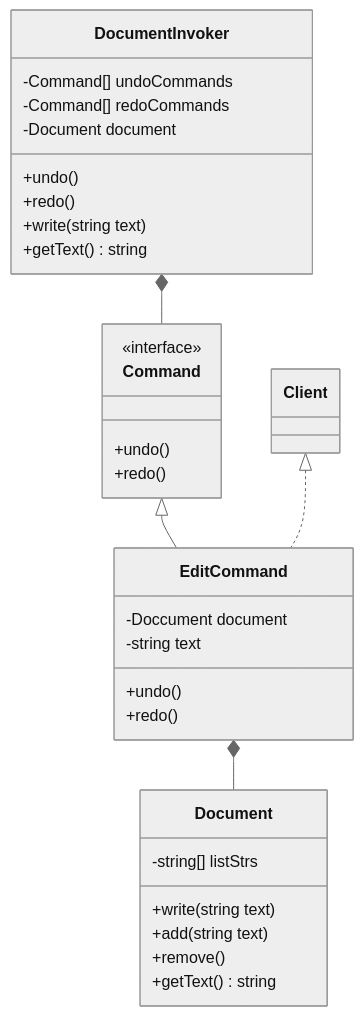
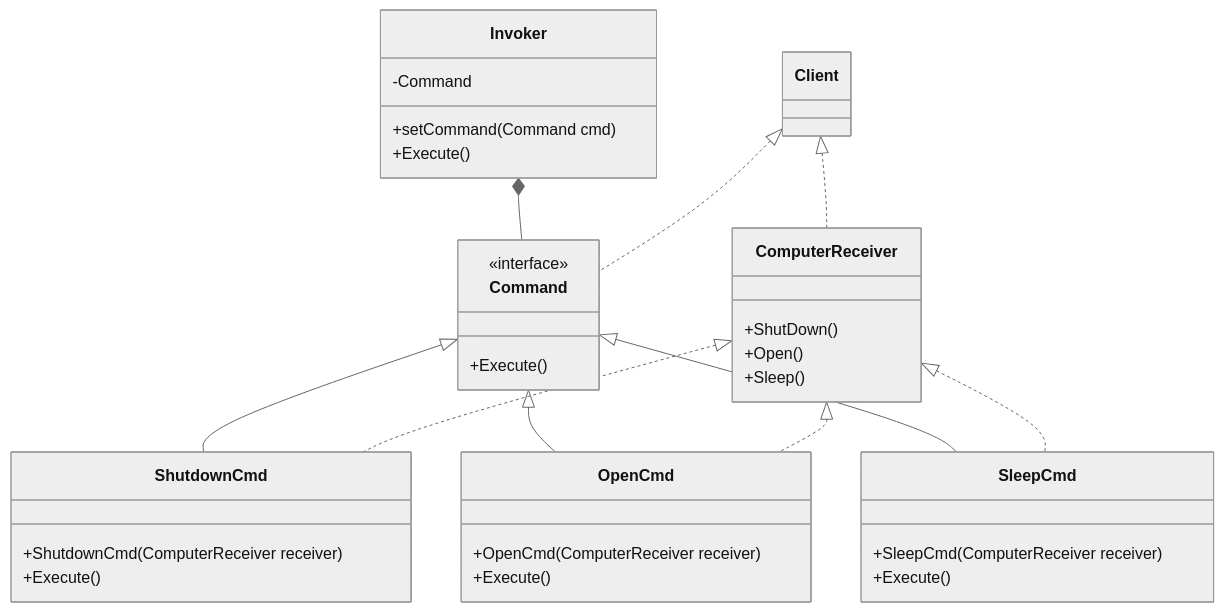
Before and after one commit to tungphan94/DesignPattern: the second of 2 diagrams in BehavioralPatterns/Command/README.md, drawn with Mermaid (neutral theme).

````diff
--- a/BehavioralPatterns/Command/README.md
+++ b/BehavioralPatterns/Command/README.md
@@ -46,37 +46,41 @@
 ```mermaid
 classDiagram
 
-class DocumentInvoker{
-    -Command[] undoCommands
-    -Command[] redoCommands
-    -Document document
-    +undo()
-    +redo()
-    +write(string text)
-    +getText() string
+class Invoker{
+    -Command
+    +setCommand(Command cmd)
+    +Execute()
           }
 class Command {
           <<interface>>
-          +undo()
-          +redo()        
+         +Execute()     
           }
-class EditCommand {
-          -Doccument document
-          -string text
-          +undo()
-          +redo()
+class ShutdownCmd {
+        +ShutdownCmd(ComputerReceiver receiver)
+        +Execute()  
           }
-class Document {
-        -string[] listStrs
-        +write(string text)
-        +add(string text)
-        +remove()
-        +getText() string
+class SleepCmd {
+        +SleepCmd(ComputerReceiver receiver)
+        +Execute()  
+          }
+class OpenCmd {
+        +OpenCmd(ComputerReceiver receiver)
+        +Execute()  
+          }          
+class ComputerReceiver {
+        +ShutDown()
+        +Open()
+        +Sleep()
           }
 class Client {
           }          
-Command  <|-- EditCommand
-EditCommand *--Document
-DocumentInvoker *-- Command
- Client    <|.. EditCommand
+Command  <|-- ShutdownCmd
+Command  <|-- OpenCmd
+Command  <|-- SleepCmd
+Invoker *-- Command
+Client  <|.. Command
+Client    <|.. ComputerReceiver
+ComputerReceiver    <|.. ShutdownCmd
+ComputerReceiver    <|.. OpenCmd
+ComputerReceiver    <|.. SleepCmd
 ```
````
